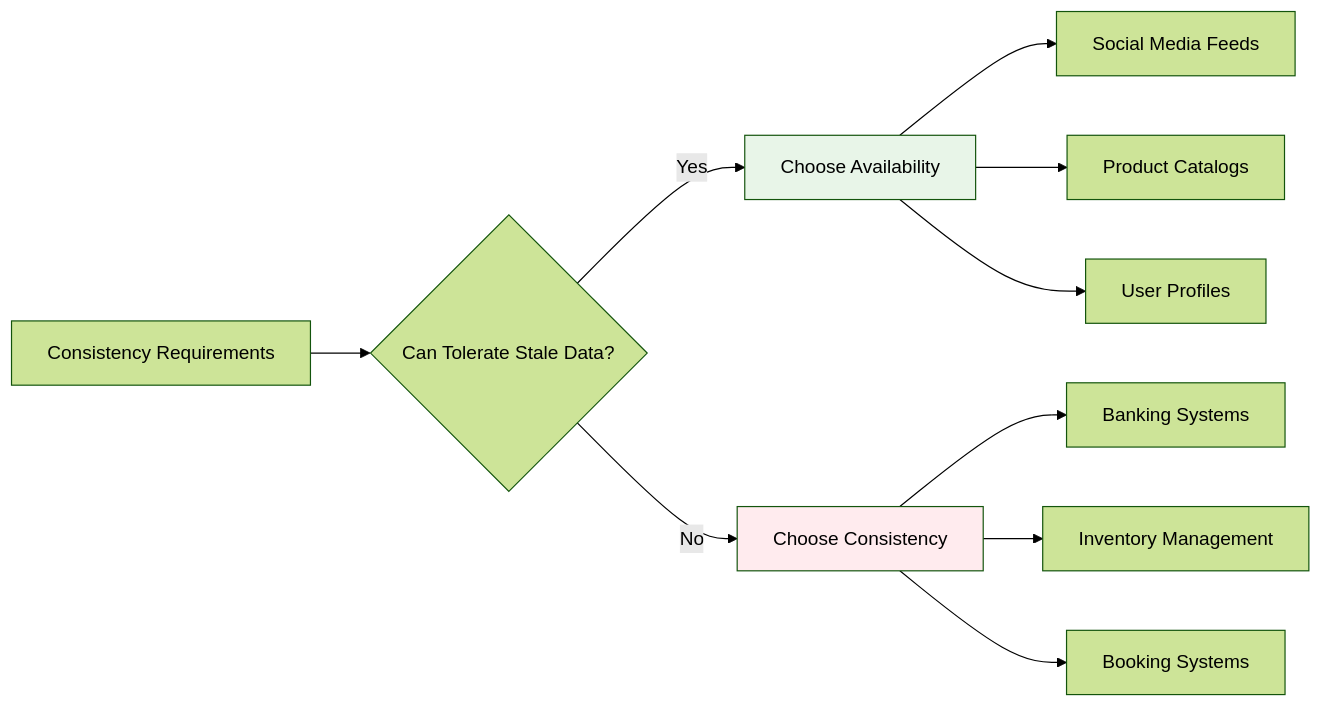
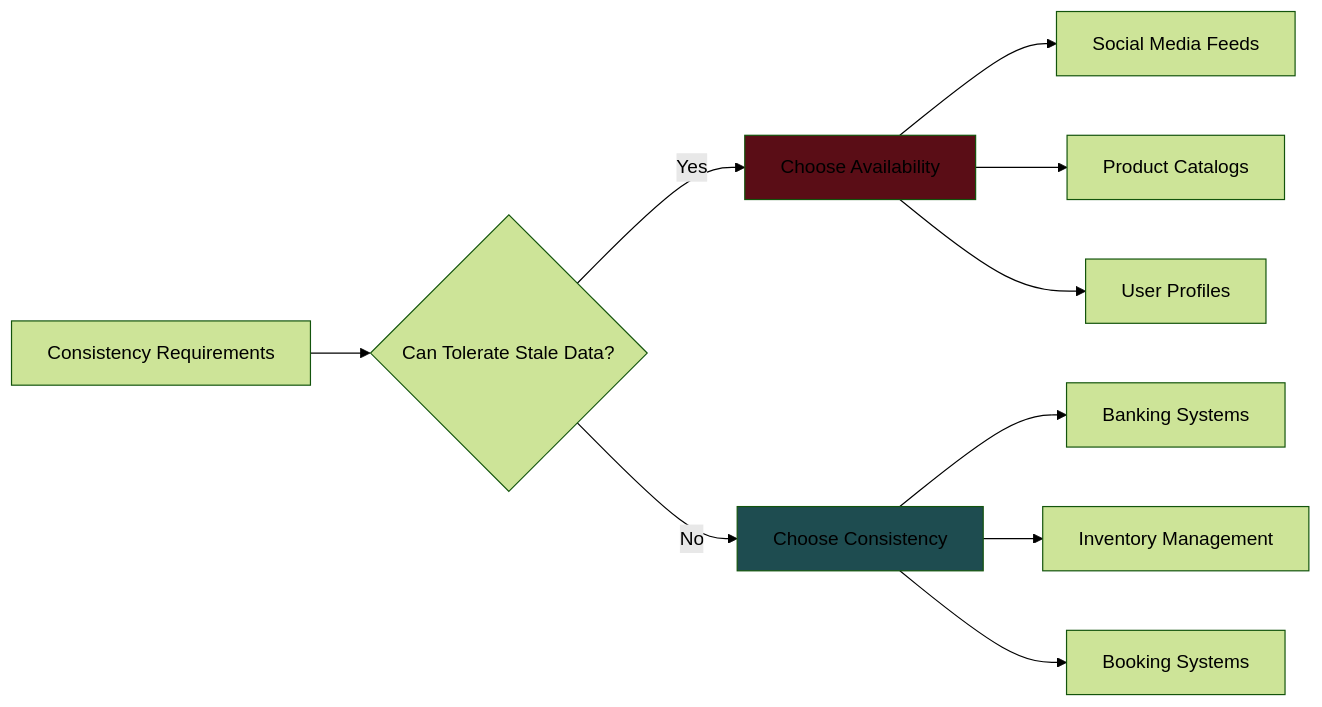
The sixth of 21 diagrams in fundamentals/core_concepts.md (ahmedrzakhan/system-design-notes), drawn with Mermaid (forest theme) before and after one commit. The commit also changed other lines of this file, not shown here.

````diff
--- a/fundamentals/core_concepts.md
+++ b/fundamentals/core_concepts.md
@@ -145,18 +145,18 @@
 ```mermaid
 flowchart LR
     A[Consistency Requirements] --> B{Can Tolerate Stale Data?}
 
     B -->|Yes| C[Choose Availability]
     B -->|No| D[Choose Consistency]
 
     C --> C1[Social Media Feeds]
     C --> C2[Product Catalogs]
     C --> C3[User Profiles]
 
     D --> D1[Banking Systems]
     D --> D2[Inventory Management]
     D --> D3[Booking Systems]
 
-    style C fill:#e8f5e8
-    style D fill:#ffebee
+    style C fill:#5A0D16
+    style D fill:#1E4C50
 ```
````
